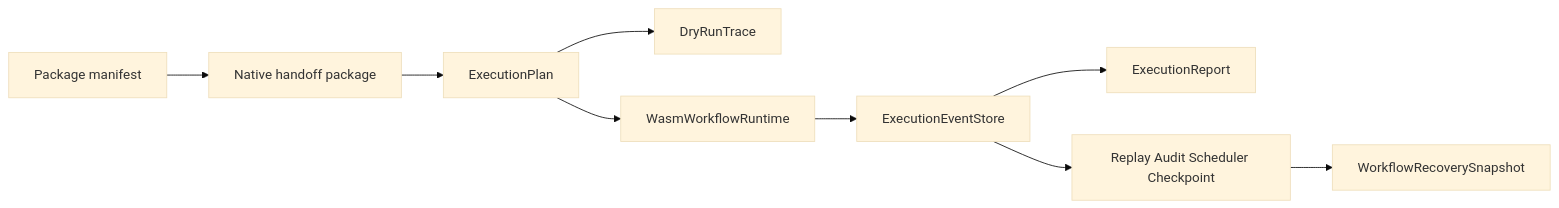
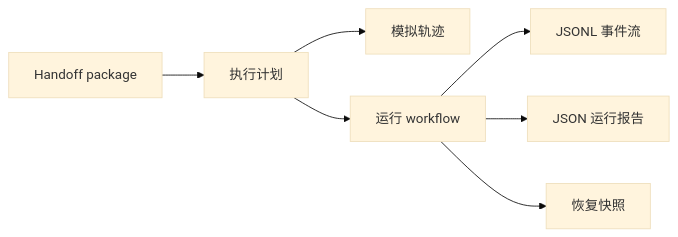
Before and after one commit to Zzzode/AHFL: the diagram in docs/reference/native-runtime-artifacts.zh.md, drawn with Mermaid (base theme). The commit also changed other lines of this file and 933 other files, not shown here.

````diff
--- a/docs/reference/native-runtime-artifacts.zh.md
+++ b/docs/reference/native-runtime-artifacts.zh.md
@@ -7,11 +7,9 @@
 ```mermaid
 flowchart LR
-    Manifest[Package manifest] --> Package[Native handoff package]
-    Package --> Plan[ExecutionPlan]
-    Plan --> DryRun[DryRunTrace]
-    Plan --> Runtime[WasmWorkflowRuntime]
-    Runtime --> Events[ExecutionEventStore]
-    Events --> Report[ExecutionReport]
-    Events --> Projections[Replay Audit Scheduler Checkpoint]
-    Projections --> Recovery[WorkflowRecoverySnapshot]
+    Package[Handoff package] --> Plan[执行计划]
+    Plan --> DryRun[模拟轨迹]
+    Plan --> Run[运行 workflow]
+    Run --> Events[JSONL 事件流]
+    Run --> Report[JSON 运行报告]
+    Run --> Recovery[恢复快照]
 ```
````
